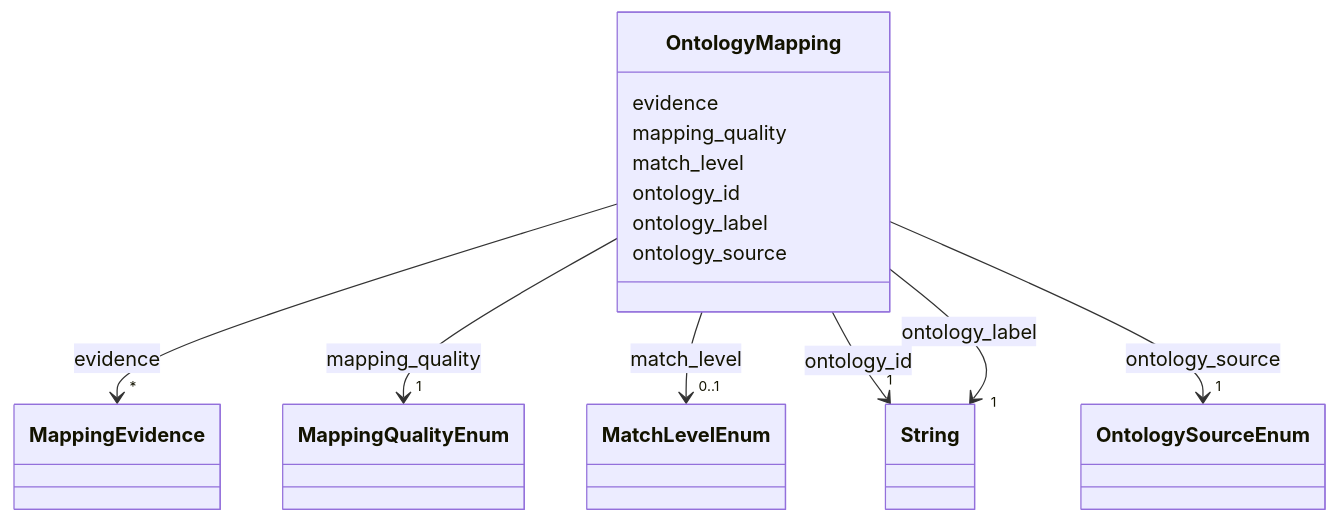
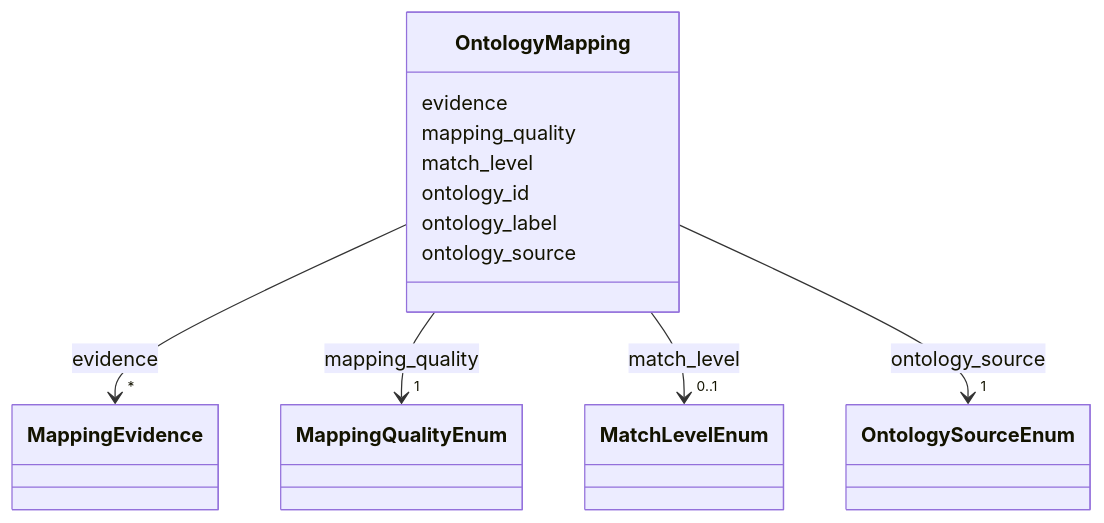
Before and after one commit to CultureBotAI/MediaIngredientMech: the diagram in docs/OntologyMapping.md, drawn with Mermaid. The commit also changed other lines of this file and 70 other files, not shown here.

````diff
--- a/docs/OntologyMapping.md
+++ b/docs/OntologyMapping.md
@@ -18,72 +18,54 @@
 ```mermaid
  classDiagram
     class OntologyMapping
     click OntologyMapping href "../OntologyMapping/"
       OntologyMapping : evidence
         
           
     
         
         
         OntologyMapping --> "*" MappingEvidence : evidence
         click MappingEvidence href "../MappingEvidence/"
     
 
         
       OntologyMapping : mapping_quality
         
           
     
         
         
         OntologyMapping --> "1" MappingQualityEnum : mapping_quality
         click MappingQualityEnum href "../MappingQualityEnum/"
     
 
         
       OntologyMapping : match_level
         
           
     
         
         
         OntologyMapping --> "0..1" MatchLevelEnum : match_level
         click MatchLevelEnum href "../MatchLevelEnum/"
     
 
         
       OntologyMapping : ontology_id
         
-          
-    
-        
-        
-        OntologyMapping --> "1" String : ontology_id
-        click String href "../http://www.w3.org/2001/XMLSchema#string/"
-    
-
-        
       OntologyMapping : ontology_label
-        
-          
-    
-        
-        
-        OntologyMapping --> "1" String : ontology_label
-        click String href "../http://www.w3.org/2001/XMLSchema#string/"
-    
-
         
       OntologyMapping : ontology_source
         
           
     
         
         
         OntologyMapping --> "1" OntologySourceEnum : ontology_source
         click OntologySourceEnum href "../OntologySourceEnum/"
     
 
         
       
 ```
````
